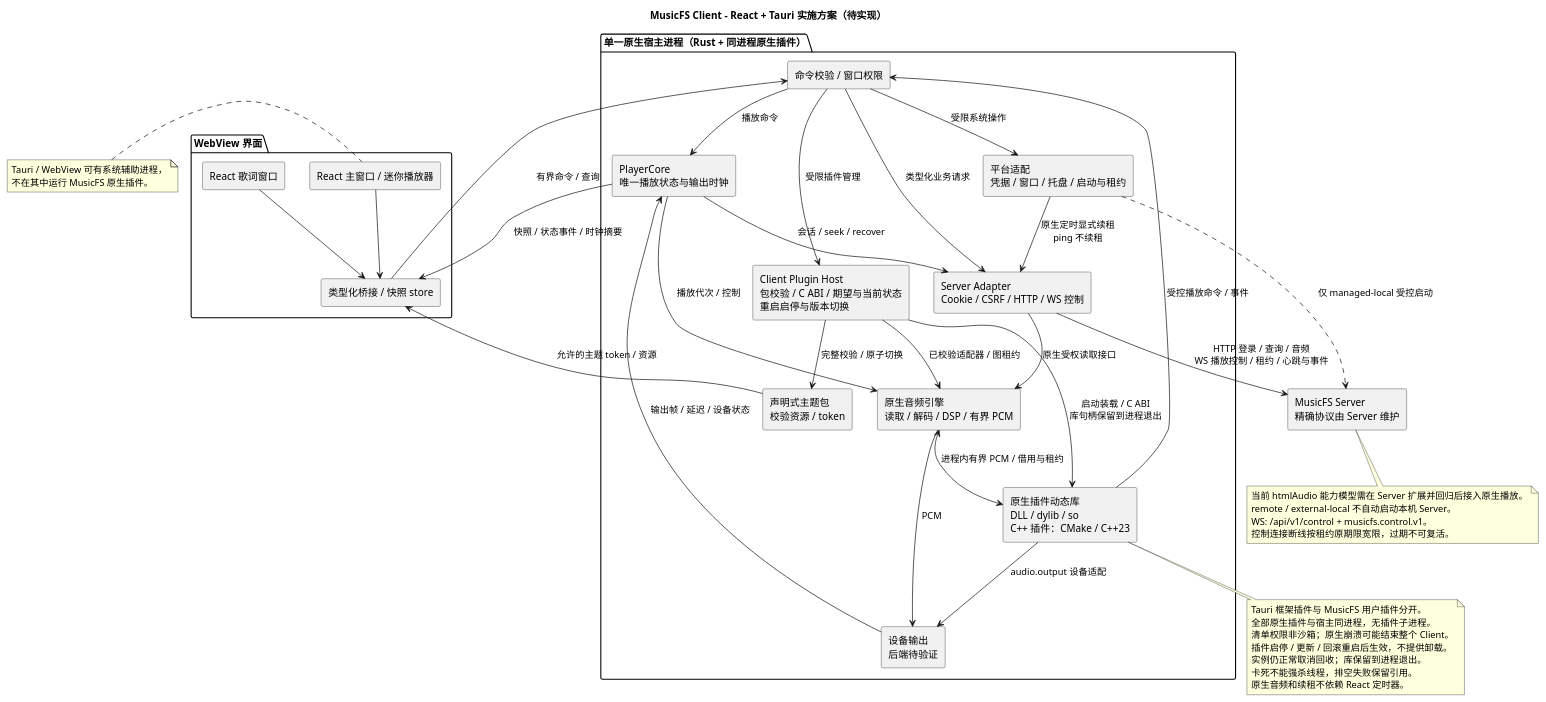
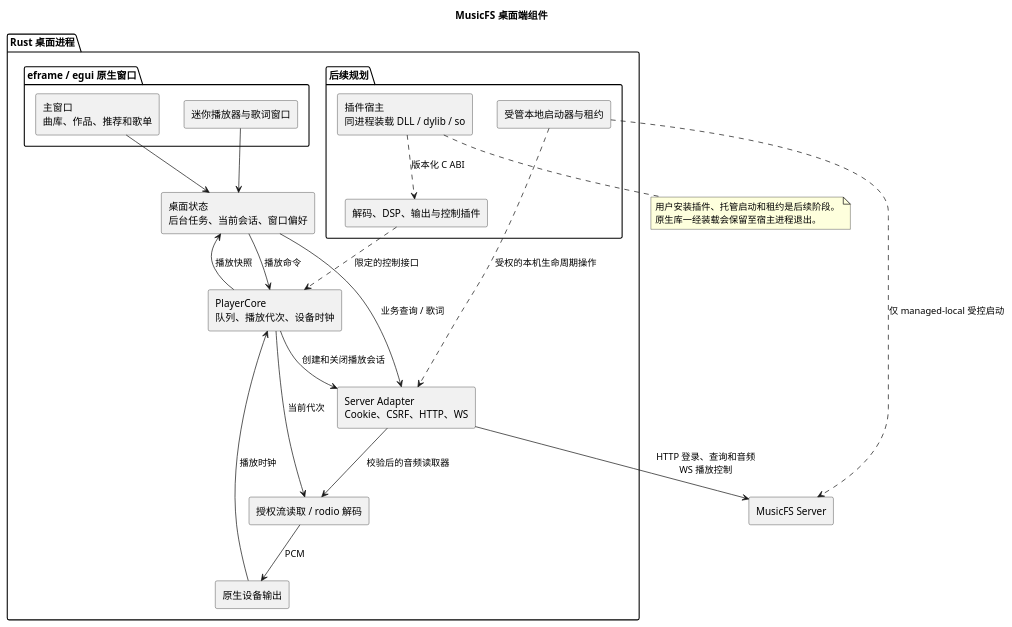
Before and after one commit to fnMrRice/MusicFS-client: the diagram in docs/diagrams/desktop-components.puml, drawn with PlantUML. The commit also changed 8 other files, not shown here.

Commit message:
docs(client): align the desktop architecture with the native Rust app

```diff
--- a/docs/diagrams/desktop-components.puml
+++ b/docs/diagrams/desktop-components.puml
@@ -1,71 +1,42 @@
 @startuml
-title MusicFS Client - React + Tauri 实施方案（待实现）
+title MusicFS 桌面端组件
 skinparam componentStyle rectangle
-top to bottom direction
 
-package "WebView 界面" {
-  component "React 主窗口 / 迷你播放器" as UI
-  component "React 歌词窗口" as Lyrics
-  component "类型化桥接 / 快照 store" as Bridge
-  UI --> Bridge
-  Lyrics --> Bridge
+package "Rust 桌面进程" {
+  package "eframe / egui 原生窗口" {
+    component "主窗口\n曲库、作品、推荐和歌单" as Main
+    component "迷你播放器与歌词窗口" as Mini
+  }
+  component "桌面状态\n后台任务、当前会话、窗口偏好" as Model
+  component "PlayerCore\n队列、播放代次、设备时钟" as Core
+  component "Server Adapter\nCookie、CSRF、HTTP、WS" as Adapter
+  component "授权流读取 / rodio 解码" as Decode
+  component "原生设备输出" as Output
+  Main --> Model
+  Mini --> Model
+  Model --> Adapter : 业务查询 / 歌词
+  Model --> Core : 播放命令
+  Core --> Model : 播放快照
+  Core --> Adapter : 创建和关闭播放会话
+  Core --> Decode : 当前代次
+  Adapter --> Decode : 校验后的音频读取器
+  Decode --> Output : PCM
+  Output --> Core : 播放时钟
+
+  package "后续规划" {
+    component "插件宿主\n同进程装载 DLL / dylib / so" as Host
+    component "解码、DSP、输出与控制插件" as Plugins
+    component "受管本地启动器与租约" as Launcher
+  }
+  Host ..> Plugins : 版本化 C ABI
+  Plugins ..> Core : 限定的控制接口
+  Launcher ..> Adapter : 受权的本机生命周期操作
 }
-
-package "单一原生宿主进程（Rust + 同进程原生插件）" {
-  component "命令校验 / 窗口权限" as Commands
-  component "PlayerCore\n唯一播放状态与输出时钟" as Core
-  component "Server Adapter\nCookie / CSRF / HTTP / WS 控制" as Adapter
-  component "Client Plugin Host\n包校验 / C ABI / 期望与当前状态\n重启启停与版本切换" as Host
-  component "原生音频引擎\n读取 / 解码 / DSP / 有界 PCM" as Audio
-  component "设备输出\n后端待验证" as Output
-  component "平台适配\n凭据 / 窗口 / 托盘 / 启动与租约" as Platform
-  component "原生插件动态库\nDLL / dylib / so\nC++ 插件：CMake / C++23" as NativePlugin
-  component "声明式主题包\n校验资源 / token" as Theme
-  Commands --> Core : 播放命令
-  Commands --> Host : 受限插件管理
-  Commands --> Adapter : 类型化业务请求
-  Commands --> Platform : 受限系统操作
-  Core --> Adapter : 会话 / seek / recover
-  Core --> Audio : 播放代次 / 控制
-  Host --> Audio : 已校验适配器 / 图租约
-  Adapter --> Audio : 原生受权读取接口
-  Audio --> Output : PCM
-  Output --> Core : 输出帧 / 延迟 / 设备状态
-  Host --> NativePlugin : 启动装载 / C ABI\n库句柄保留到进程退出
-  NativePlugin --> Commands : 受控播放命令 / 事件
-  Audio <--> NativePlugin : 进程内有界 PCM / 借用与租约
-  NativePlugin --> Output : audio.output 设备适配
-  Host --> Theme : 完整校验 / 原子切换
-}
-
-component "MusicFS Server\n精确协议由 Server 维护" as Server
-
-Bridge --> Commands : 有界命令 / 查询
-Core --> Bridge : 快照 / 状态事件 / 时钟摘要
-Theme --> Bridge : 允许的主题 token / 资源
-Adapter --> Server : HTTP 登录 / 查询 / 音频\nWS 播放控制 / 租约 / 心跳与事件
-Platform --> Adapter : 原生定时显式续租\nping 不续租
-Platform ..> Server : 仅 managed-local 受控启动
-
-note bottom of Server
-  当前 htmlAudio 能力模型需在 Server 扩展并回归后接入原生播放。
-  remote / external-local 不自动启动本机 Server。
-  WS: /api/v1/control + musicfs.control.v1。
-  控制连接断线按租约原期限宽限，过期不可复活。
-end note
-
-note bottom of NativePlugin
-  Tauri 框架插件与 MusicFS 用户插件分开。
-  全部原生插件与宿主同进程，无插件子进程。
-  清单权限非沙箱；原生崩溃可能结束整个 Client。
-  插件启停 / 更新 / 回滚重启后生效，不提供卸载。
-  实例仍正常取消回收；库保留到进程退出。
-  卡死不能强杀线程，排空失败保留引用。
-  原生音频和续租不依赖 React 定时器。
-end note
-
-note left of UI
-  Tauri / WebView 可有系统辅助进程，
-  不在其中运行 MusicFS 原生插件。
+component "MusicFS Server" as Server
+Adapter --> Server : HTTP 登录、查询和音频\nWS 播放控制
+Launcher ..> Server : 仅 managed-local 受控启动
+note bottom of Host
+  用户安装插件、托管启动和租约是后续阶段。
+  原生库一经装载会保留至宿主进程退出。
 end note
 @enduml
```
